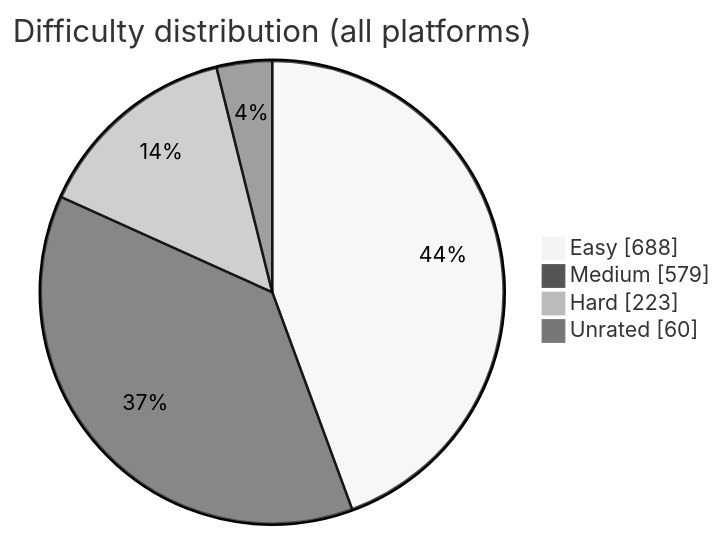
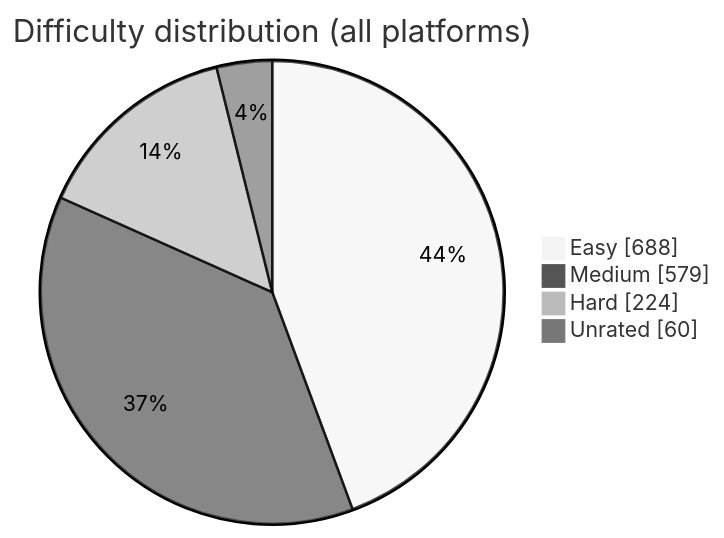
One commit to BuildbyArindam/Daily-Coding-Log changed the diagram in README.md. Above: the diagram before and after it, drawn with Mermaid (neutral theme). The commit also changed other lines of this file, not shown here.

````diff
--- a/README.md
+++ b/README.md
@@ -93,7 +93,7 @@
 ```mermaid
 pie showData title Difficulty distribution (all platforms)
     "Easy" : 688
     "Medium" : 579
-    "Hard" : 223
+    "Hard" : 224
     "Unrated" : 60
 ```
````
